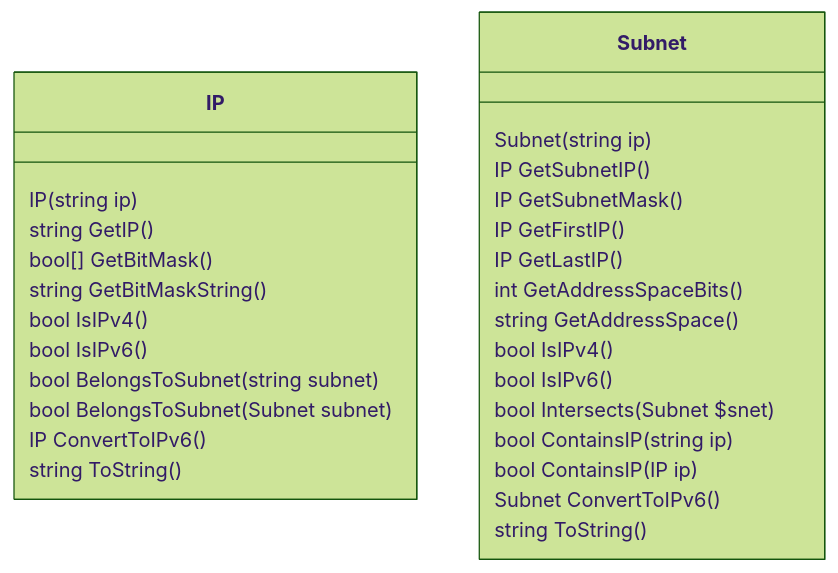
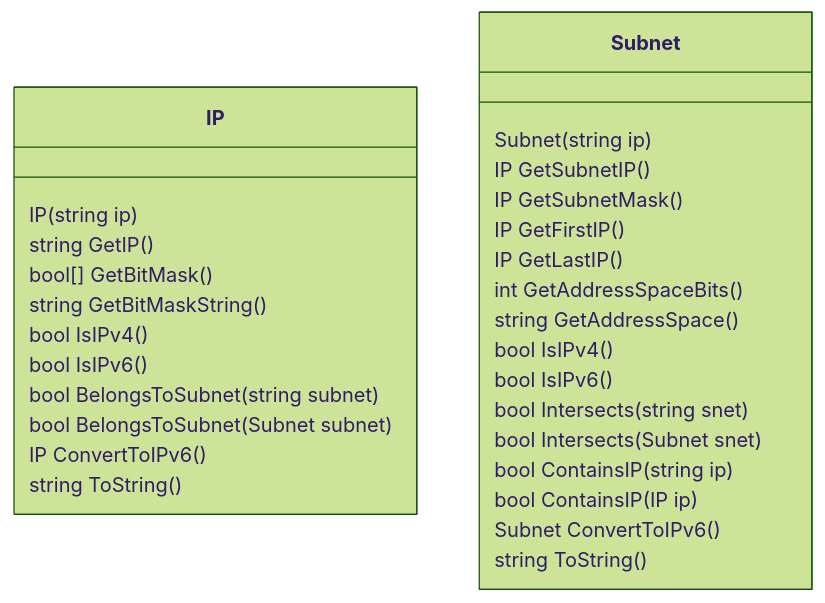
One commit to qxsch/powershell-ipnet changed the diagram in README.md. Above: the diagram before and after it, drawn with Mermaid (forest theme). The commit also changed 1 other file, not shown here.

Commit message:
added Intersect method supporting strings

````diff
--- a/README.md
+++ b/README.md
@@ -10,31 +10,32 @@
 ```mermaid
 classDiagram
     class IP{
         IP(string ip)
         string GetIP()
         bool[] GetBitMask()
         string GetBitMaskString()
         bool IsIPv4()
         bool IsIPv6()
         bool BelongsToSubnet(string subnet)
         bool BelongsToSubnet(Subnet subnet)
         IP ConvertToIPv6()
         string ToString()
     }
     class Subnet{
         Subnet(string ip)
         IP GetSubnetIP()
         IP GetSubnetMask()
         IP GetFirstIP()
         IP GetLastIP()
         int GetAddressSpaceBits()
         string GetAddressSpace()
         bool IsIPv4()
         bool IsIPv6()
-        bool Intersects(Subnet $snet)
+        bool Intersects(string snet)
+        bool Intersects(Subnet snet)
         bool ContainsIP(string ip)
         bool ContainsIP(IP ip)
         Subnet ConvertToIPv6()
         string ToString()
     }
 ```
````
